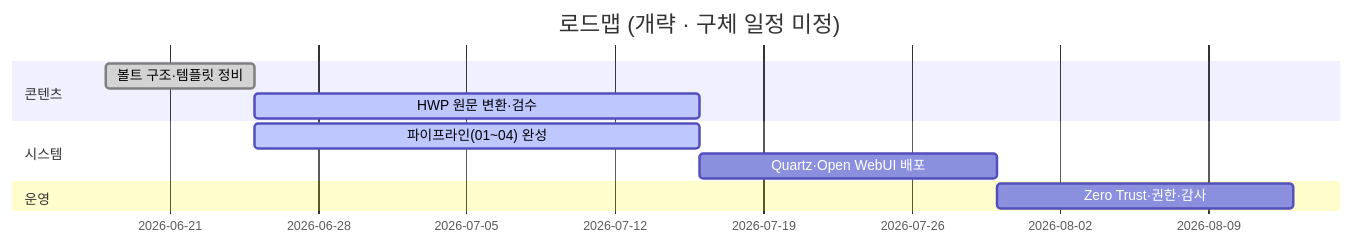
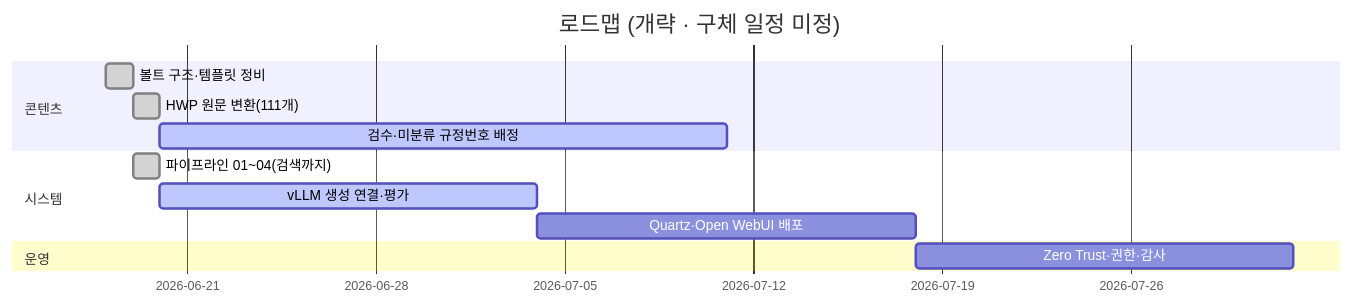
The third of 3 diagrams in README.md (mooner92/KEIAdminSuperv), drawn with Mermaid before and after one commit. The commit also changed other lines of this file and 9 other files, not shown here.

````diff
--- a/README.md
+++ b/README.md
@@ -247,13 +252,15 @@
 ```mermaid
 gantt
     title 로드맵 (개략 · 구체 일정 미정)
     dateFormat YYYY-MM-DD
     section 콘텐츠
-    볼트 구조·템플릿 정비        :done,    a1, 2026-06-18, 7d
-    HWP 원문 변환·검수           :active,  a2, after a1, 21d
+    볼트 구조·템플릿 정비        :done, a1, 2026-06-18, 1d
+    HWP 원문 변환(111개)         :done, a2, after a1, 1d
+    검수·미분류 규정번호 배정    :active, a3, after a2, 21d
     section 시스템
-    파이프라인(01~04) 완성       :active,  b1, after a1, 21d
-    Quartz·Open WebUI 배포       :         b2, after b1, 14d
+    파이프라인 01~04(검색까지)   :done, b1, after a1, 1d
+    vLLM 생성 연결·평가          :active, b2, after b1, 14d
+    Quartz·Open WebUI 배포       :         b3, after b2, 14d
     section 운영
-    Zero Trust·권한·감사         :         c1, after b2, 14d
+    Zero Trust·권한·감사         :         c1, after b3, 14d
 ```
````
